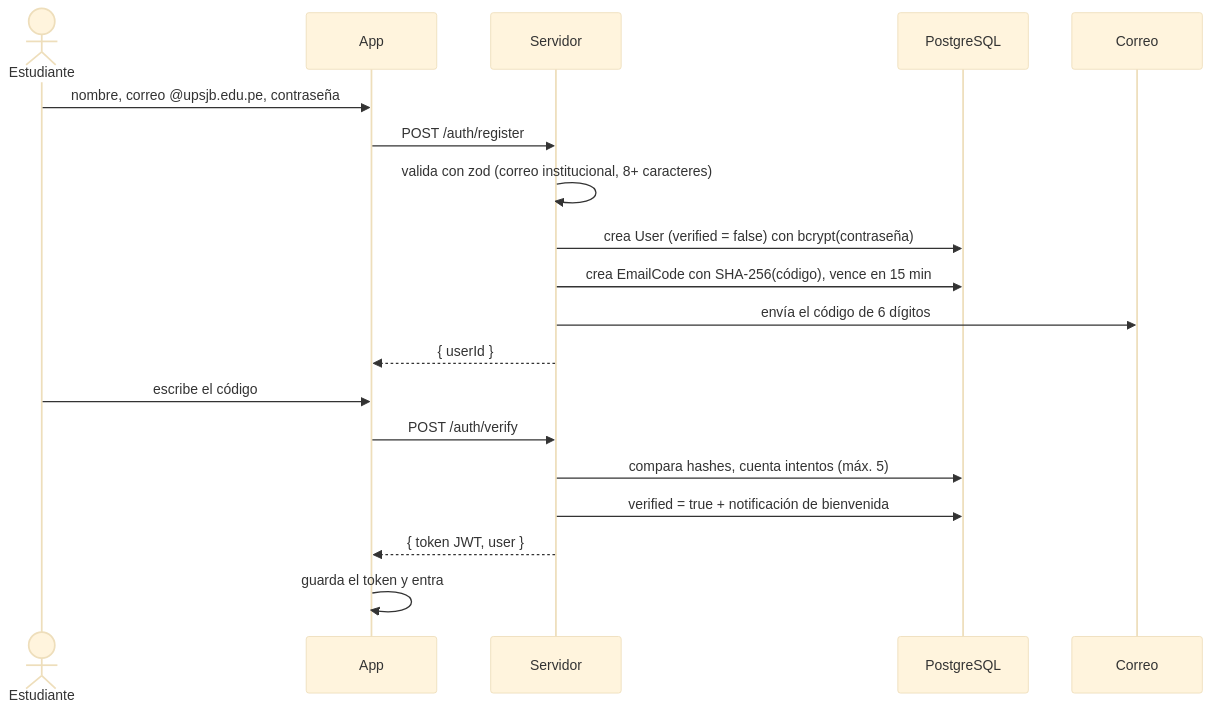
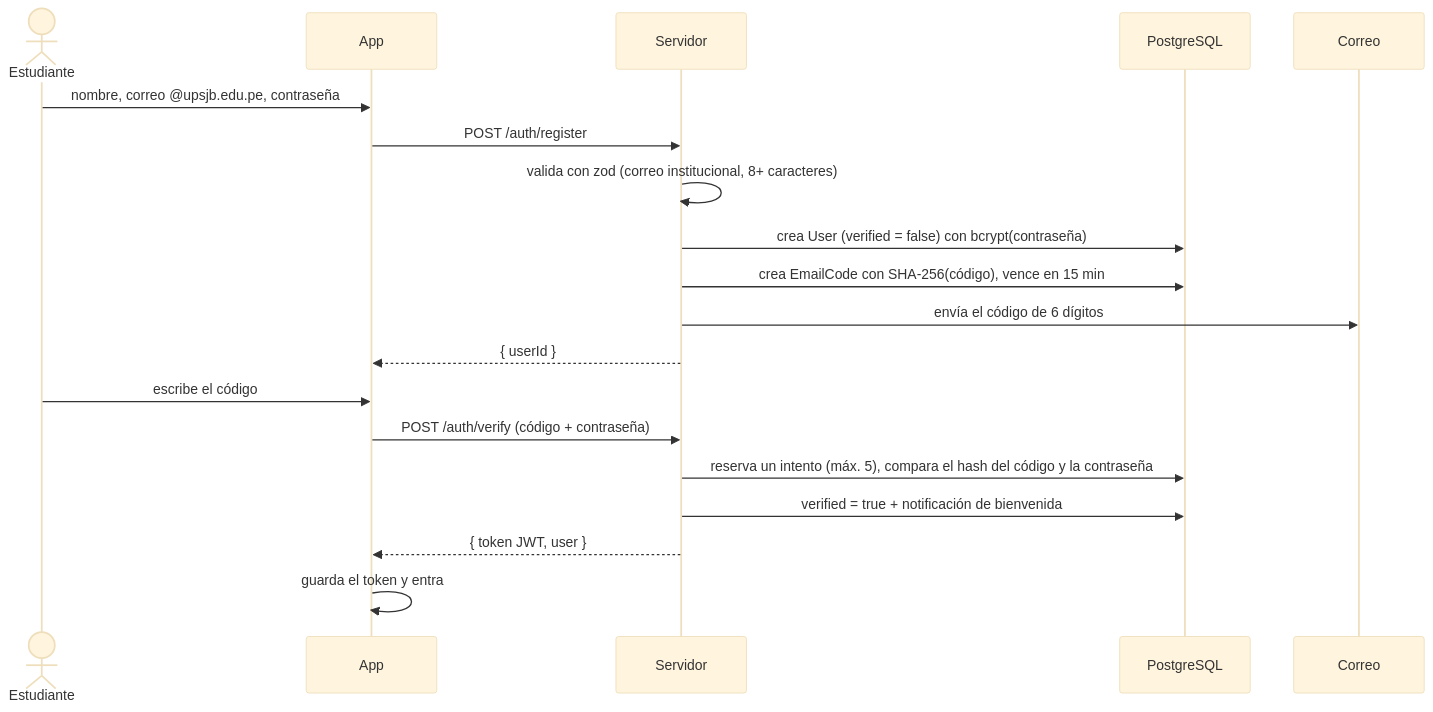
One commit to NotAlex456/EcoEstudiante changed the sixth of 8 diagrams in docs/backend-explicado.md. Above: the diagram before and after it, drawn with Mermaid (base theme). The commit also changed other lines of this file and 12 other files, not shown here.

````diff
--- a/docs/backend-explicado.md
+++ b/docs/backend-explicado.md
@@ -360,22 +360,22 @@
 ```mermaid
 sequenceDiagram
   actor E as Estudiante
   participant App
   participant API as Servidor
   participant DB as PostgreSQL
   participant Mail as Correo
 
   E->>App: nombre, correo @upsjb.edu.pe, contraseña
   App->>API: POST /auth/register
   API->>API: valida con zod (correo institucional, 8+ caracteres)
   API->>DB: crea User (verified = false) con bcrypt(contraseña)
   API->>DB: crea EmailCode con SHA-256(código), vence en 15 min
   API->>Mail: envía el código de 6 dígitos
   API-->>App: { userId }
   E->>App: escribe el código
-  App->>API: POST /auth/verify
-  API->>DB: compara hashes, cuenta intentos (máx. 5)
+  App->>API: POST /auth/verify (código + contraseña)
+  API->>DB: reserva un intento (máx. 5), compara el hash del código y la contraseña
   API->>DB: verified = true + notificación de bienvenida
   API-->>App: { token JWT, user }
   App->>App: guarda el token y entra
 ```
````
